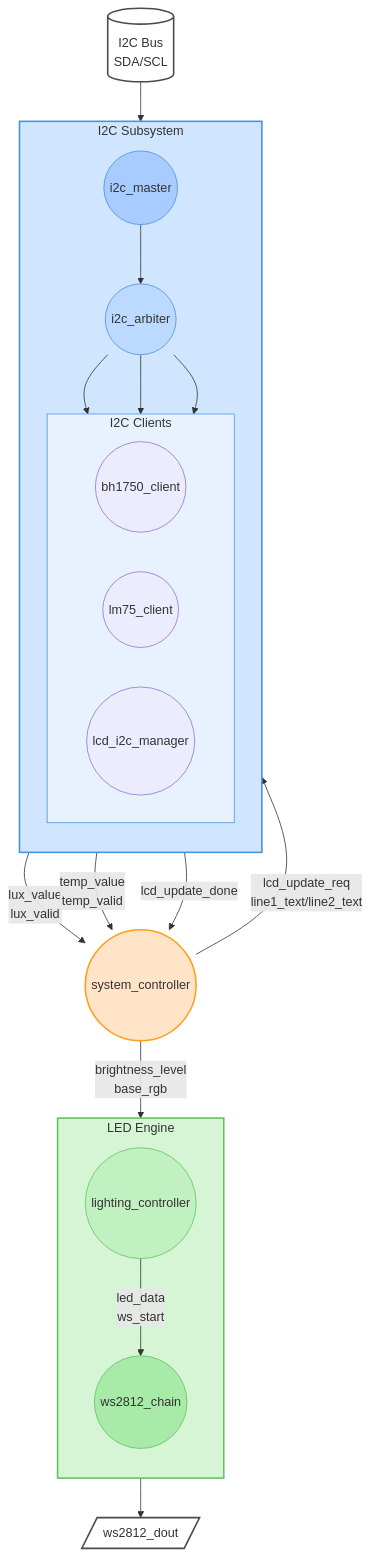
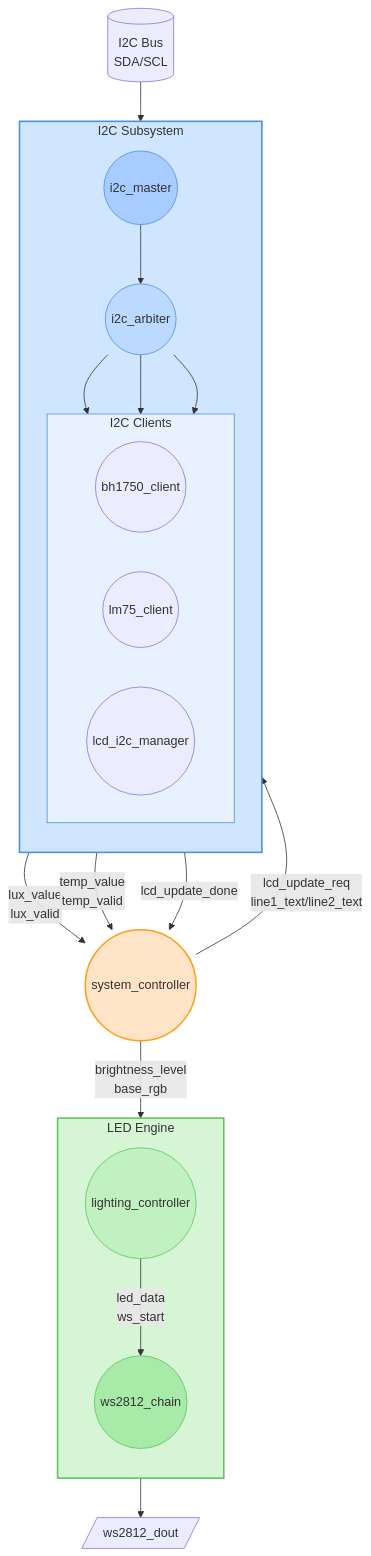
Before and after one commit to nhoangkiet35/Smart-RGB-Ambient-Lighting-System: the second of 2 diagrams in architecture.md, drawn with Mermaid. The commit also changed other lines of this file and 3 other files, not shown here.

Commit message:
architecture

````diff
--- a/architecture.md
+++ b/architecture.md
@@ -5,15 +79,8 @@
 ```mermaid
 flowchart TB
 
-    %% ============================
-    %% TOP: External I2C Bus
-    %% ============================
     I2C_BUS[(I2C Bus<br>SDA/SCL)]
 
-
-    %% ============================
-    %% I2C SUBSYSTEM (MÀU XANH DƯƠNG)
-    %% ============================
     subgraph I2C_SUB["I2C Subsystem"]
         direction TB
 
@@ -28,16 +95,8 @@
         IM(("i2c_master"))
     end
 
-
-    %% ============================
-    %% SYSTEM CONTROLLER (MÀU CAM)
-    %% ============================
     SC(("system_controller"))
 
-
-    %% ============================
-    %% LED ENGINE (MÀU XANH LÁ)
-    %% ============================
     subgraph LEDSYS["LED Engine"]
         direction TB
         LC(("lighting_controller"))
@@ -46,35 +105,22 @@
 
     LED_OUT[/ws2812_dout/]
 
-
-    %% ============================
-    %% CONNECTIONS
-    %% ============================
-
-    %% I2C data flow
     I2C_BUS --> IM
     IM --> ARB
     ARB --> BH
     ARB --> LM
     ARB --> LCDM
 
-    %% Sensor data to System Controller
     BH -->|lux_value<br>lux_valid| SC
     LM -->|temp_value<br>temp_valid| SC
 
-    %% LCD text update
     SC -->|lcd_update_req<br>line1_text/line2_text| LCDM
     LCDM -->|lcd_update_done| SC
 
-    %% LED control pipeline
     SC -->|brightness_level<br>base_rgb| LC
     LC -->|led_data<br>ws_start| WS
     WS --> LED_OUT
 
-
-    %% ============================
-    %% COLOR STYLES
-    %% ============================
     style I2C_SUB fill:#d0e6ff,stroke:#4a90e2,stroke-width:2px
     style I2C_CLIENTS fill:#e8f2ff,stroke:#4a90e2
     style ARB fill:#bcd9ff,stroke:#4a90e2
@@ -85,8 +131,4 @@
     style LEDSYS fill:#d5f5d5,stroke:#63c261,stroke-width:2px
     style LC fill:#c1f1c1,stroke:#63c261
     style WS fill:#a8eaa8,stroke:#63c261
-
-    style I2C_BUS fill:#fff,stroke:#4a4a4a,stroke-width:2px
-    style LED_OUT fill:#fff,stroke:#4a4a4a,stroke-width:2px
-  
 ```
````
